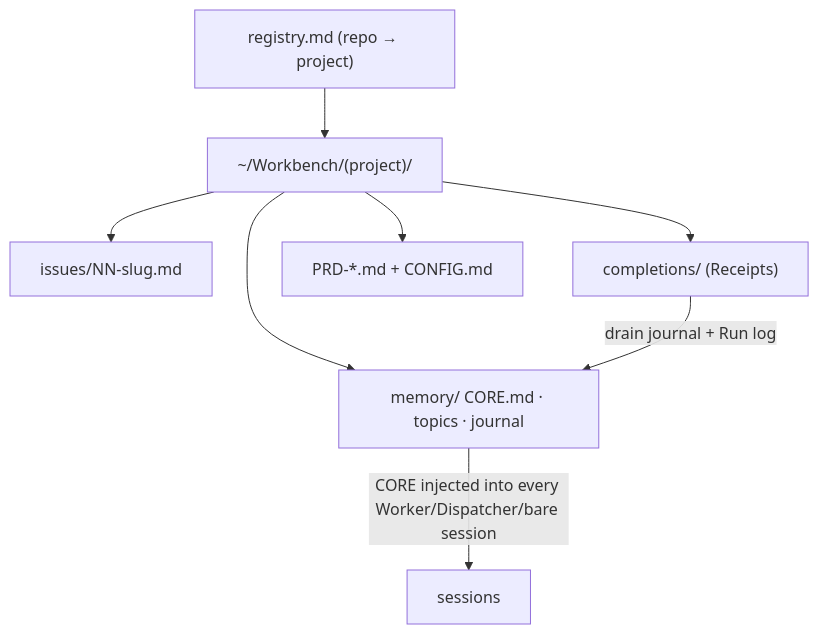
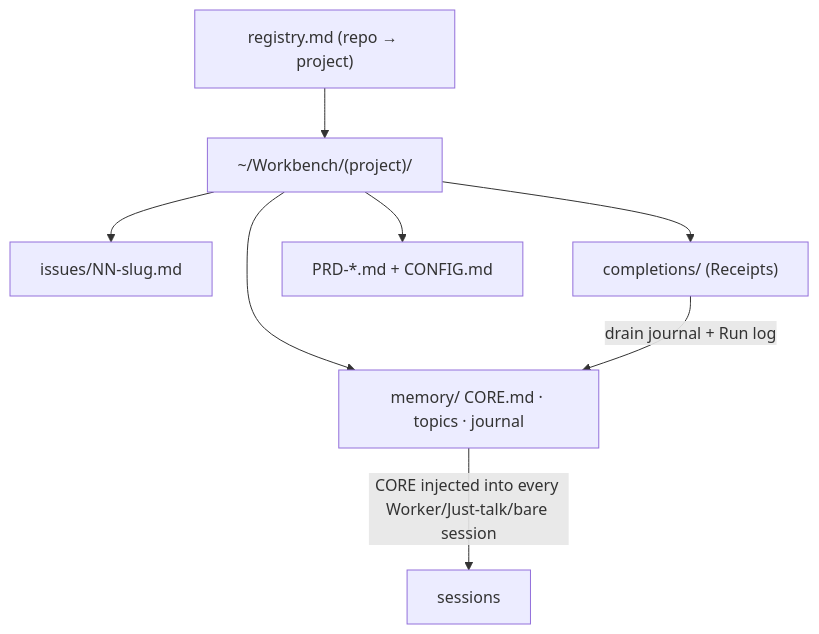
The fourth of 4 diagrams in docs/ARCHITECTURE.md (diegodjty/mission-control), drawn with Mermaid before and after one commit. The commit also changed 7 other files, not shown here.

````diff
--- a/docs/ARCHITECTURE.md
+++ b/docs/ARCHITECTURE.md
@@ -136,10 +136,10 @@
 ```mermaid
 flowchart TD
   REG["registry.md (repo → project)"] --> P["~/Workbench/(project)/"]
   P --> I["issues/NN-slug.md"]
   P --> CMP["completions/ (Receipts)"]
   P --> PRD["PRD-*.md + CONFIG.md"]
   P --> MEM["memory/ CORE.md · topics · journal"]
-  MEM -->|"CORE injected into every Worker/Dispatcher/bare session"| SESS["sessions"]
+  MEM -->|"CORE injected into every Worker/Just-talk/bare session"| SESS["sessions"]
   CMP -->|"drain journal + Run log"| MEM
 ```
````
